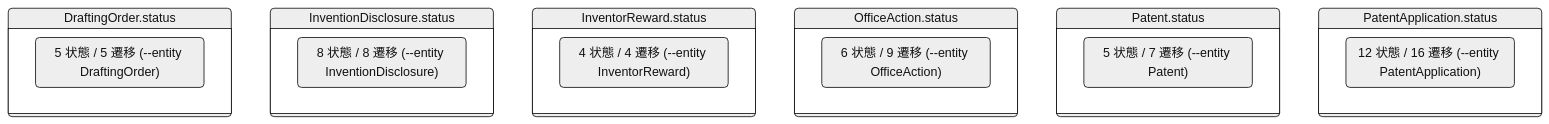
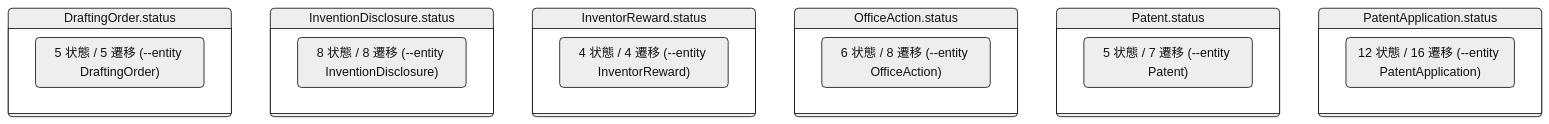
One commit to manji-0/rdra-ish-dsl changed the diagram in samples/patent-ops/out/state_whole.mmd. Above: the diagram before and after it, drawn with Mermaid (neutral theme). The commit also changed 52 other files, not shown here.

```diff
--- a/samples/patent-ops/out/state_whole.mmd
+++ b/samples/patent-ops/out/state_whole.mmd
@@ -1,22 +1,22 @@
 %% rdra-ish diagram=state scope=whole model=samples/patent-ops
 %% kinds: statemodel state
 %% omitted: OfficeAction.kind Patent.last_payment (Enum without transitions)
 stateDiagram-v2
   state "DraftingOrder.status" as statemodel__DraftingOrder_status {
     state "5 状態 / 5 遷移 (--entity DraftingOrder)" as index__DraftingOrder_status
   }
   state "InventionDisclosure.status" as statemodel__InventionDisclosure_status {
     state "8 状態 / 8 遷移 (--entity InventionDisclosure)" as index__InventionDisclosure_status
   }
   state "InventorReward.status" as statemodel__InventorReward_status {
     state "4 状態 / 4 遷移 (--entity InventorReward)" as index__InventorReward_status
   }
   state "OfficeAction.status" as statemodel__OfficeAction_status {
-    state "6 状態 / 9 遷移 (--entity OfficeAction)" as index__OfficeAction_status
+    state "6 状態 / 8 遷移 (--entity OfficeAction)" as index__OfficeAction_status
   }
   state "Patent.status" as statemodel__Patent_status {
     state "5 状態 / 7 遷移 (--entity Patent)" as index__Patent_status
   }
   state "PatentApplication.status" as statemodel__PatentApplication_status {
     state "12 状態 / 16 遷移 (--entity PatentApplication)" as index__PatentApplication_status
   }
```
